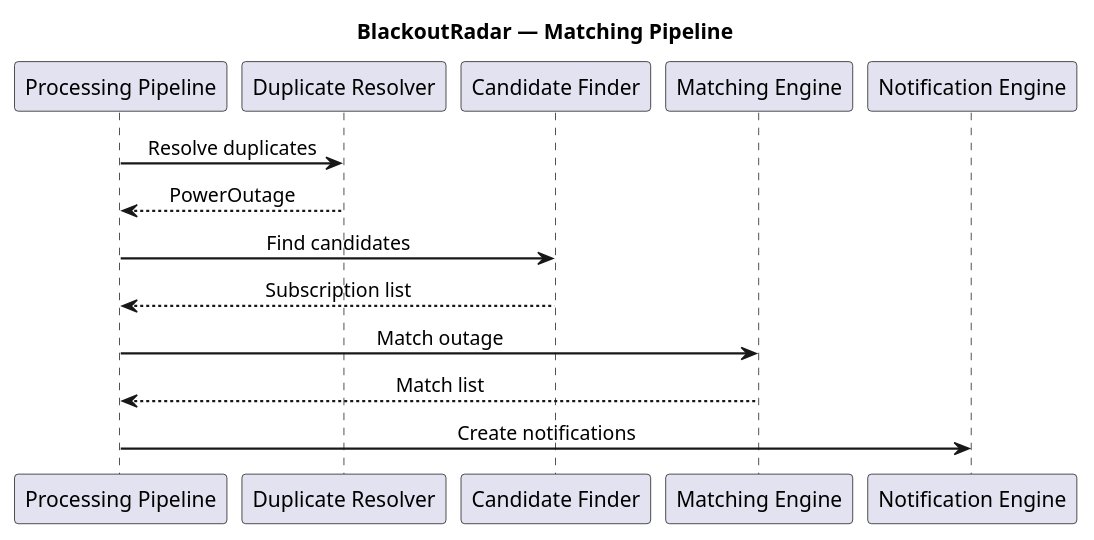
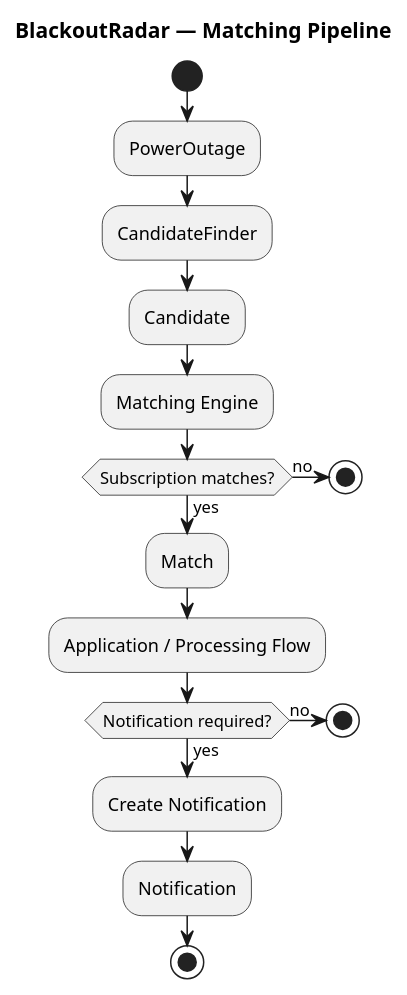
Before and after one commit to ZyibinAV/BlackoutRadar: the diagram in docs/diagrams/detailed/08-matching-pipeline.puml, drawn with PlantUML. The commit also changed 51 other files, not shown here.

Commit message:
damain part implemented: address, identity, notification, outage, subscription

```diff
--- a/docs/diagrams/detailed/08-matching-pipeline.puml
+++ b/docs/diagrams/detailed/08-matching-pipeline.puml
@@ -1,30 +1,34 @@
-@startuml BlackoutRadar_MatchingPipeline
-
+@startuml
 title BlackoutRadar — Matching Pipeline
 
-skinparam shadowing false
-skinparam sequenceMessageAlign center
-skinparam responseMessageBelowArrow true
-skinparam ArrowThickness 1.5
+skinparam linetype ortho
 
-participant "Processing Pipeline" as Pipeline
-participant "Duplicate Resolver" as Duplicate
-participant "Candidate Finder" as Finder
-participant "Matching Engine" as Matching
-participant "Notification Engine" as Notification
+start
 
-Pipeline -> Duplicate : Resolve duplicates
+:PowerOutage;
 
-Duplicate --> Pipeline : PowerOutage
+:CandidateFinder;
 
-Pipeline -> Finder : Find candidates
+:Candidate;
 
-Finder --> Pipeline : Subscription list
+:Matching Engine;
 
-Pipeline -> Matching : Match outage
+if (Subscription matches?) then (yes)
+    :Match;
+else (no)
+    stop
+endif
 
-Matching --> Pipeline : Match list
+:Application / Processing Flow;
 
-Pipeline -> Notification : Create notifications
+if (Notification required?) then (yes)
+    :Create Notification;
+else (no)
+    stop
+endif
+
+:Notification;
+
+stop
 
 @enduml
```
